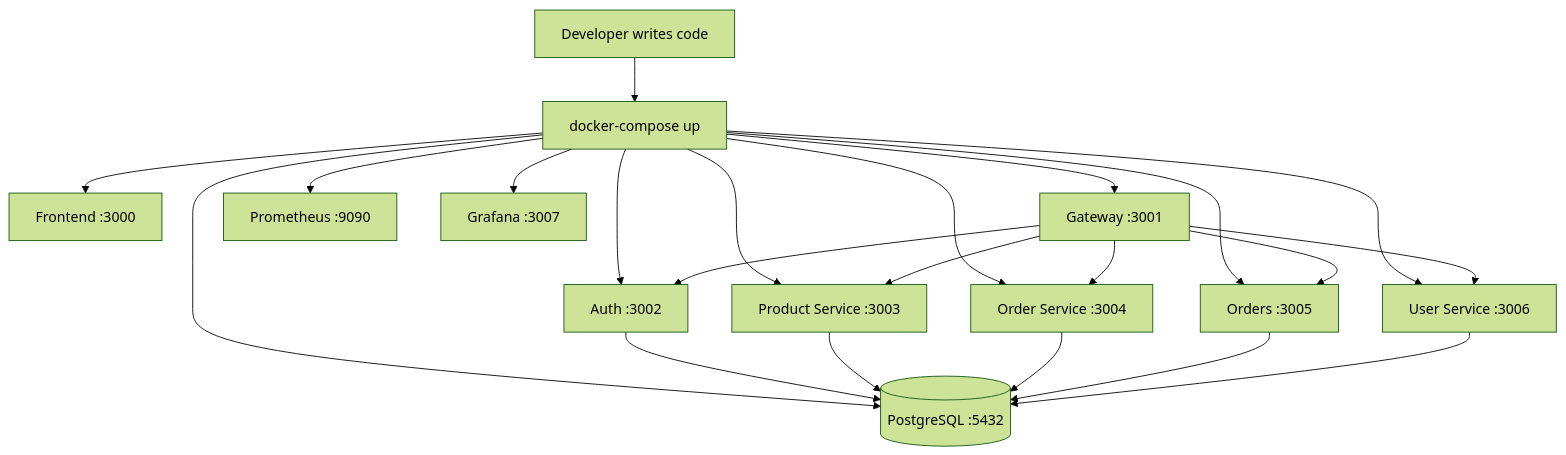
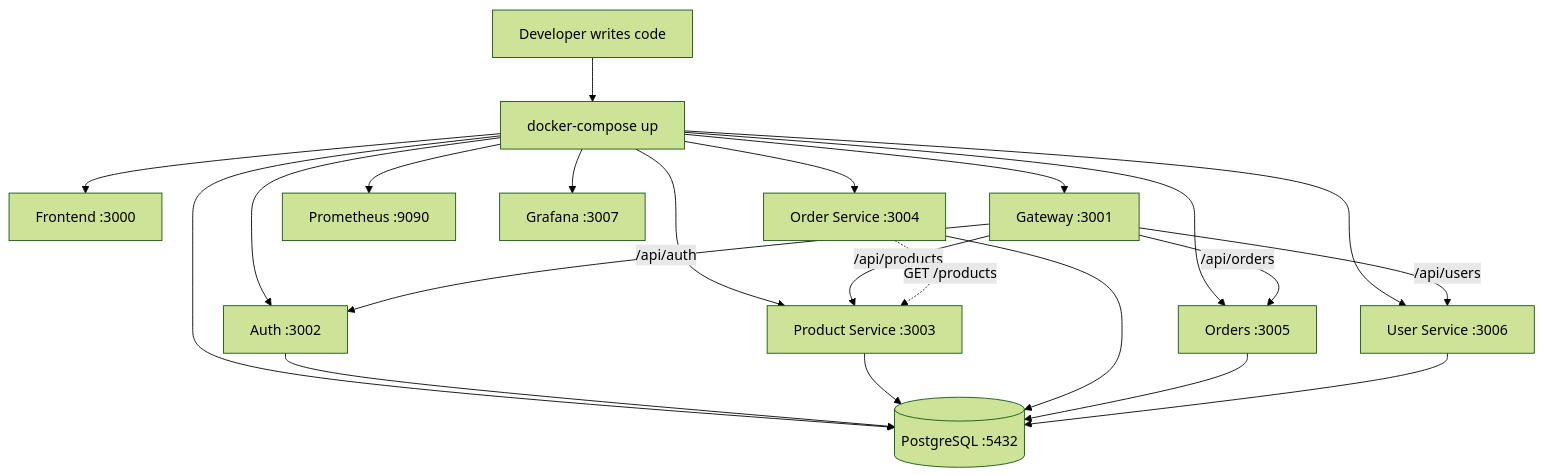
The second of 10 diagrams in docs/part2-workflow.md (ramirez1968/devops-ai-playbook), drawn with Mermaid (forest theme) before and after one commit. The commit also changed 5 other files, not shown here.

````diff
--- a/docs/part2-workflow.md
+++ b/docs/part2-workflow.md
@@ -30,25 +30,25 @@
 ```mermaid
 flowchart TD
     Dev[Developer writes code] --> DC[docker-compose up]
     DC --> F[Frontend :3000]
     DC --> G[Gateway :3001]
     DC --> A[Auth :3002]
     DC --> P[Product Service :3003]
     DC --> OS[Order Service :3004]
     DC --> O[Orders :3005]
     DC --> U[User Service :3006]
     DC --> DB[(PostgreSQL :5432)]
     DC --> PR[Prometheus :9090]
     DC --> GR[Grafana :3007]
 
-    G --> A
-    G --> P
-    G --> OS
-    G --> O
-    G --> U
+    G -->|/api/auth| A
+    G -->|/api/products| P
+    G -->|/api/orders| O
+    G -->|/api/users| U
+    OS -.->|GET /products| P
     A --> DB
     P --> DB
     OS --> DB
     O --> DB
     U --> DB
 ```
````
